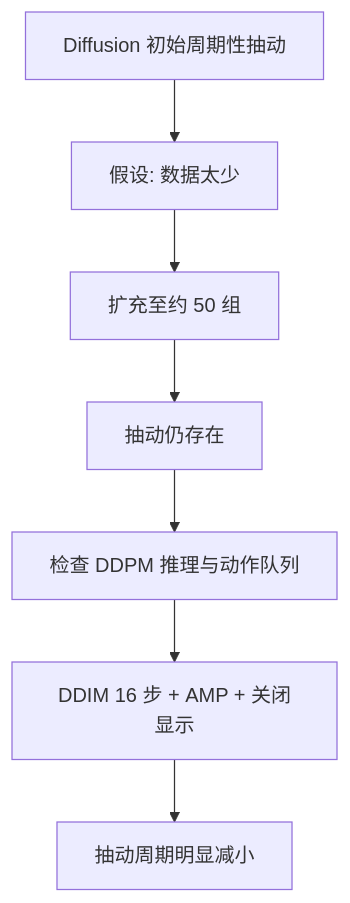
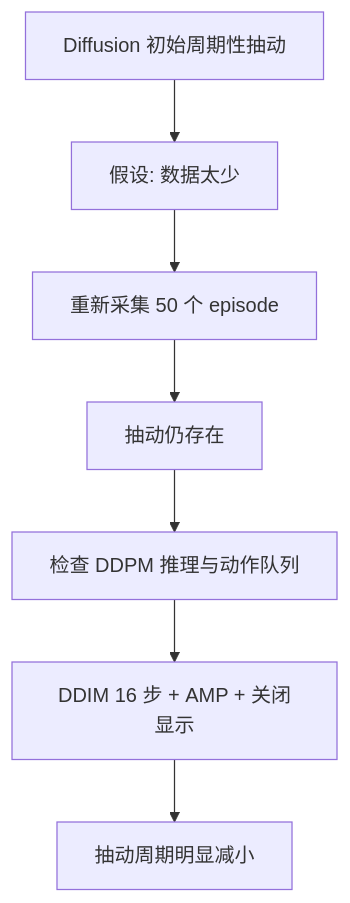
Before and after one commit to Zeil6/lerobot-so101-imitation-learning: the diagram in README.md, drawn with Mermaid. The commit also changed other lines of this file, not shown here.

````diff
--- a/README.md
+++ b/README.md
@@ -19,9 +19,9 @@
 ```mermaid
 flowchart TD
     A[Diffusion 初始周期性抽动] --> B[假设: 数据太少]
-    B --> C[扩充至约 50 组]
+    B --> C[重新采集 50 个 episode]
     C --> D[抽动仍存在]
     D --> E[检查 DDPM 推理与动作队列]
     E --> F[DDIM 16 步 + AMP + 关闭显示]
     F --> G[抽动周期明显减小]
 ```
````
